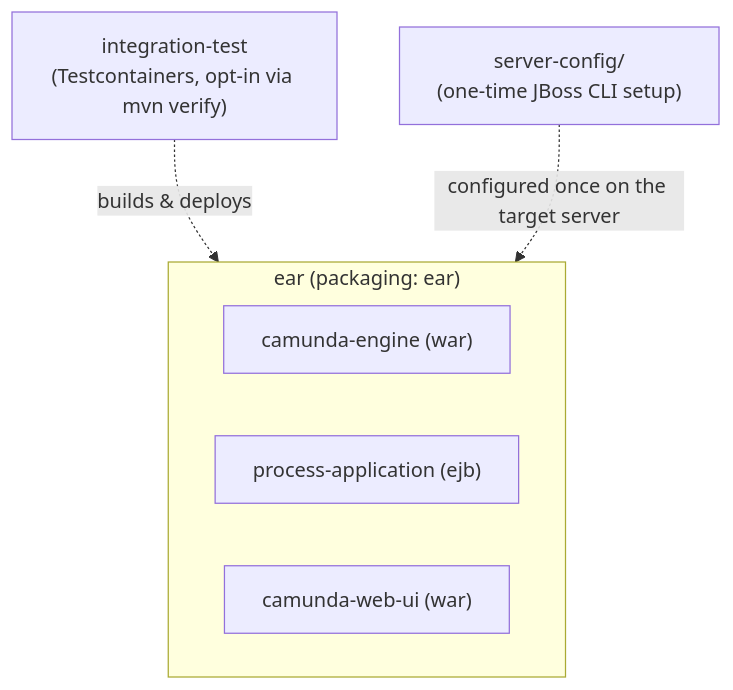
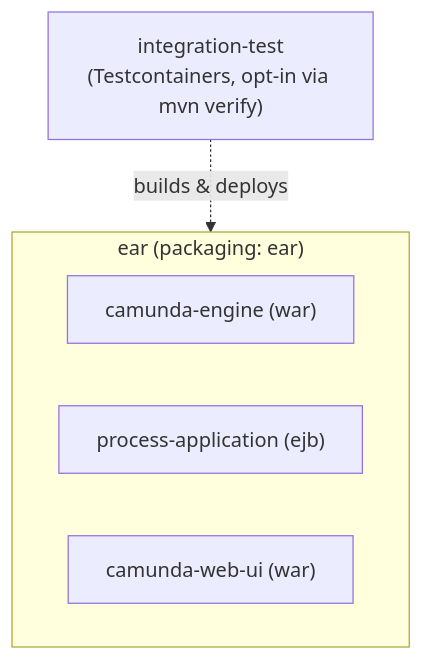
Before and after one commit to nyuuyn/camunda-7-on-jboss-as-ear: the diagram in docs/arc42/05-building-block-view.md, drawn with Mermaid. The commit also changed other lines of this file and 15 other files, not shown here.

````diff
--- a/docs/arc42/05-building-block-view.md
+++ b/docs/arc42/05-building-block-view.md
@@ -7,13 +7,11 @@
 ```mermaid
 flowchart TB
     subgraph ear["ear (packaging: ear)"]
         ce["camunda-engine (war)"]
         pa["process-application (ejb)"]
         wu["camunda-web-ui (war)"]
     end
     it["integration-test\n(Testcontainers, opt-in via mvn verify)"]
-    sc["server-config/\n(one-time JBoss CLI setup)"]
 
     it -.builds & deploys.-> ear
-    sc -.configured once on the target server.-> ear
 ```
````
